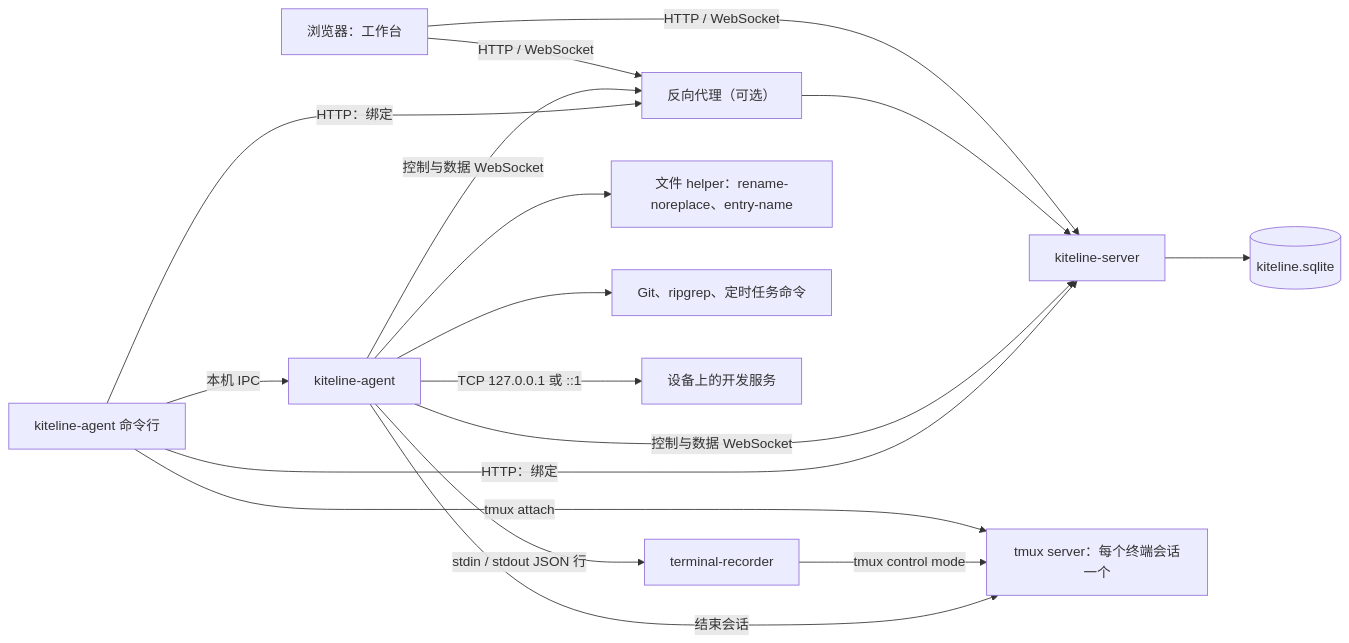
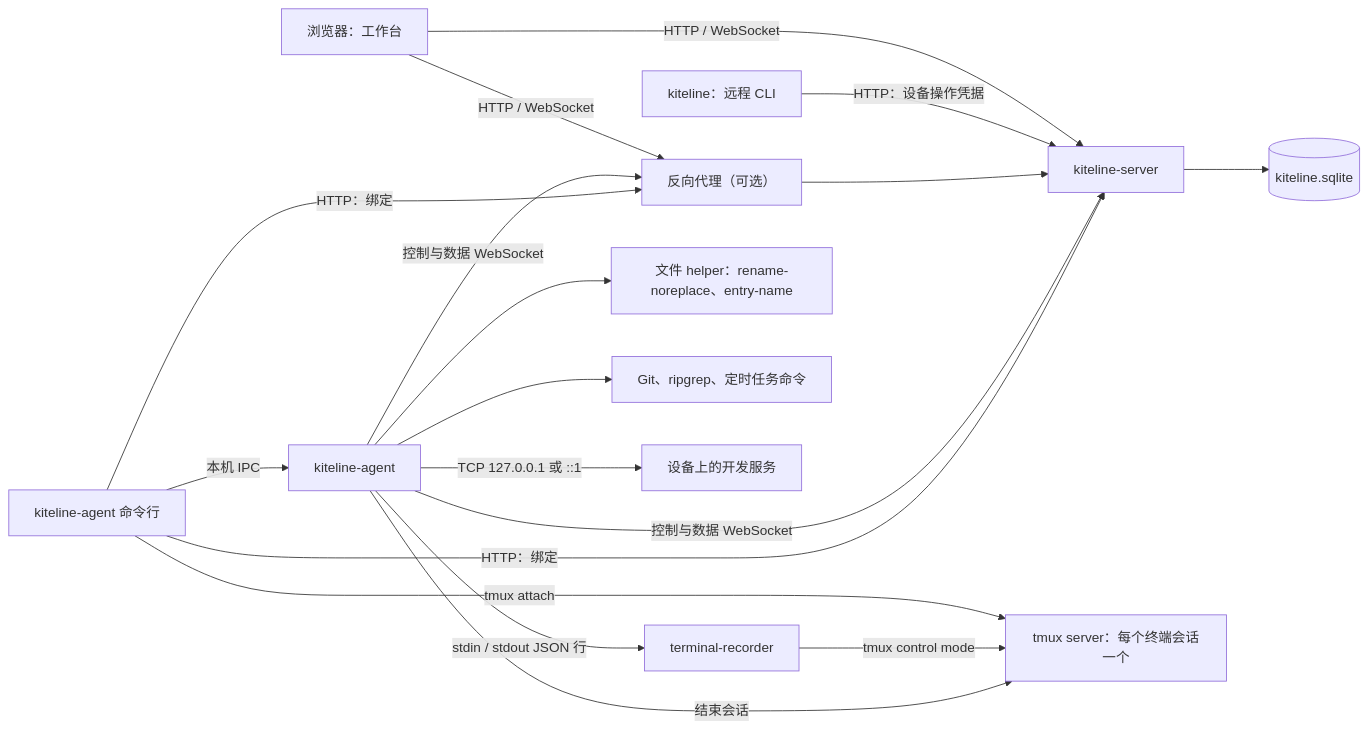
One commit to Azure99/kiteline changed the diagram in docs/design/architecture.md. Above: the diagram before and after it, drawn with Mermaid. The commit also changed other lines of this file and 36 other files, not shown here.

````diff
--- a/docs/design/architecture.md
+++ b/docs/design/architecture.md
@@ -7,19 +7,20 @@
 ```mermaid
 flowchart LR
   B["浏览器：工作台"] -->|"HTTP / WebSocket"| P["反向代理（可选）"]
   B -->|"HTTP / WebSocket"| S["kiteline-server"]
+  CLI["kiteline：远程 CLI"] -->|"HTTP：设备操作凭据"| S
   P --> S
   S --> DB[("kiteline.sqlite")]
   A["kiteline-agent"] -->|"控制与数据 WebSocket"| P
   A -->|"控制与数据 WebSocket"| S
   C["kiteline-agent 命令行"] -->|"本机 IPC"| A
   C -->|"HTTP：绑定"| P
   C -->|"HTTP：绑定"| S
   C -->|"tmux attach"| T["tmux server：每个终端会话一个"]
   A -->|"stdin / stdout JSON 行"| R["terminal-recorder"]
   R -->|"tmux control mode"| T
   A -->|"结束会话"| T
   A --> H["文件 helper：rename-noreplace、entry-name"]
   A --> G["Git、ripgrep、定时任务命令"]
   A -->|"TCP 127.0.0.1 或 ::1"| D["设备上的开发服务"]
 ```
````
